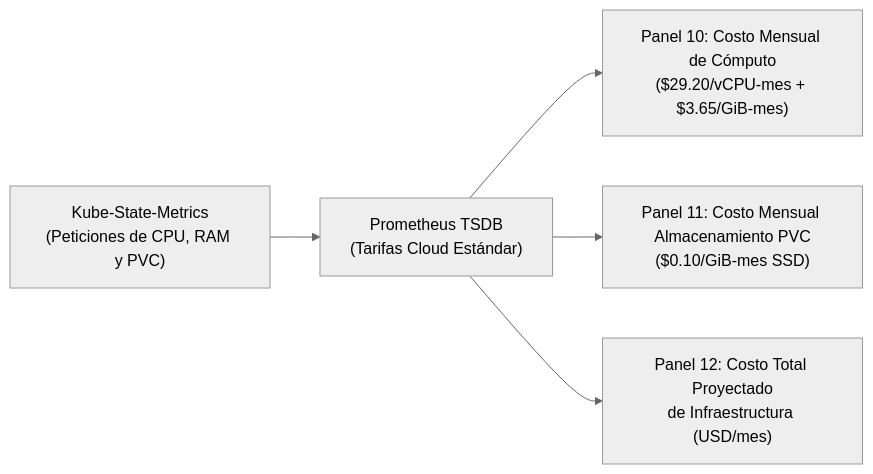
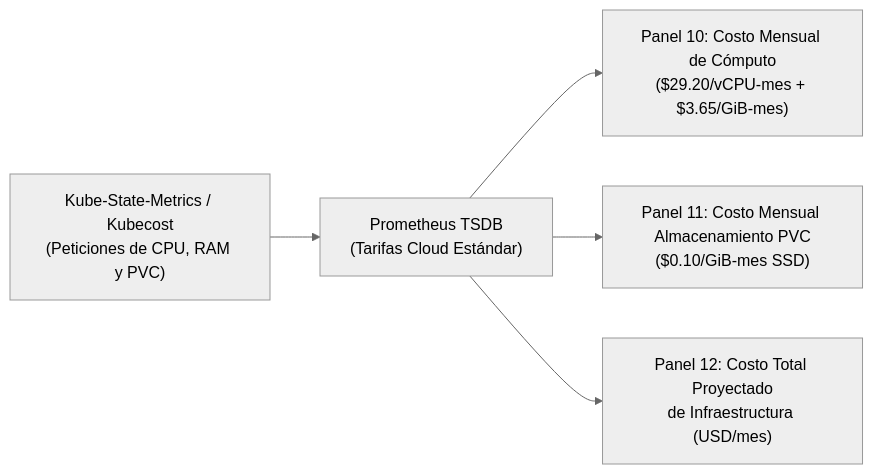
One commit to Esteban-GV/MareaDulce_Recreate changed the diagram in docs/kubecost.md. Above: the diagram before and after it, drawn with Mermaid (neutral theme). The commit also changed other lines of this file and 138 other files, not shown here.

Commit message:
feat(docs): migrate documentation, platform and architecture to Marea Dulce Recreate deployment

````diff
--- a/docs/kubecost.md
+++ b/docs/kubecost.md
@@ -17,7 +17,7 @@
 ```mermaid
 flowchart LR
-    KSM["Kube-State-Metrics\n(Peticiones de CPU, RAM y PVC)"] --> Prom["Prometheus TSDB\n(Tarifas Cloud Estándar)"]
+    KSM["Kube-State-Metrics / Kubecost\n(Peticiones de CPU, RAM y PVC)"] --> Prom["Prometheus TSDB\n(Tarifas Cloud Estándar)"]
     Prom --> P10["Panel 10: Costo Mensual de Cómputo\n($29.20/vCPU-mes + $3.65/GiB-mes)"]
     Prom --> P11["Panel 11: Costo Mensual Almacenamiento PVC\n($0.10/GiB-mes SSD)"]
     Prom --> P12["Panel 12: Costo Total Proyectado\nde Infraestructura (USD/mes)"]
 ```
````
